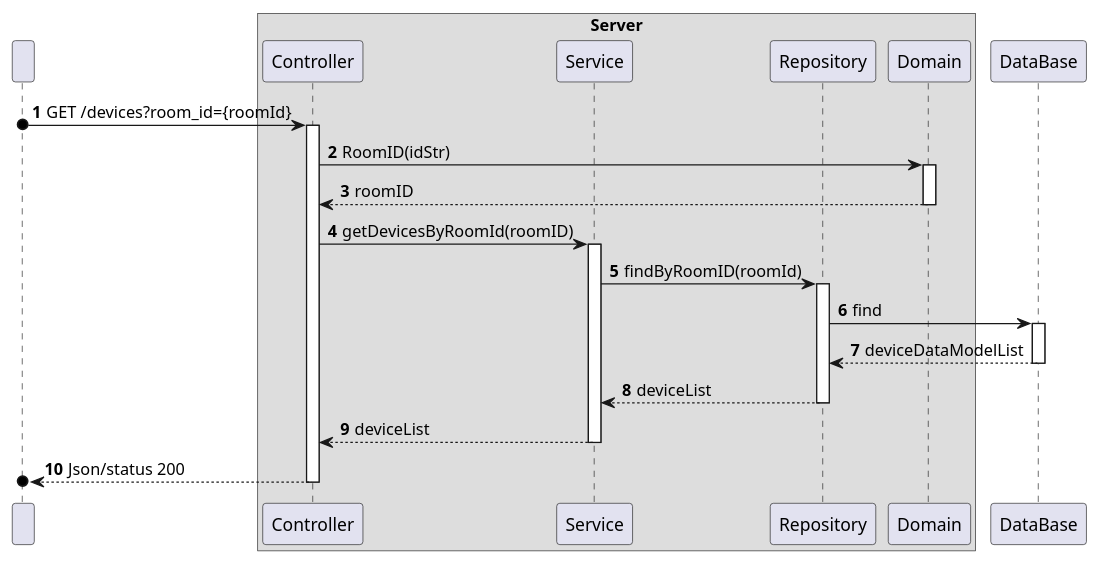
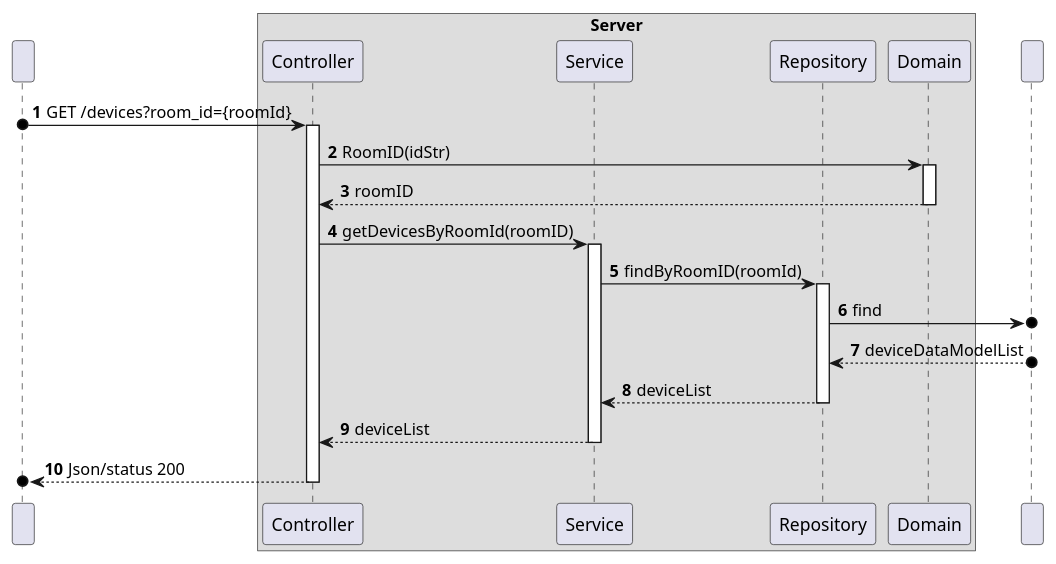
The diagram in docs/ooa/C4_4plus1_models/Level3/ProcessView/ProcessViewLevel3_UC06.puml (olivDiogo/SmartHome), drawn with PlantUML before and after one commit. The commit also changed 11 other files, not shown here.

Commit message:
docs: updates on process view level 2 and 3 diagrams

```diff
--- a/docs/ooa/C4_4plus1_models/Level3/ProcessView/ProcessViewLevel3_UC06.puml
+++ b/docs/ooa/C4_4plus1_models/Level3/ProcessView/ProcessViewLevel3_UC06.puml
@@ -1,51 +1,49 @@
 @startuml
 'https://plantuml.com/sequence-diagram
 !pragma layout smetana
 
 autonumber
 
 
 participant " " as HTTP
 
 box "Server"
     participant "Controller" as CTRL
     participant "Service" as SV
     participant "Repository" as REPO
     participant "Domain" as DOM
 
 end box
-participant "DataBase" as BD
+participant " " as BD
 
 
 HTTP o-> CTRL : GET /devices?room_id={roomId}
 activate CTRL
 
 CTRL -> DOM : RoomID(idStr)
 activate DOM
 DOM --> CTRL : roomID
 deactivate DOM
 
 CTRL -> SV : getDevicesByRoomId(roomID)
 activate SV
 
 SV -> REPO : findByRoomID(roomId)
 activate REPO
 
-REPO -> BD : find
-activate BD
+REPO ->o BD : find
 
-BD --> REPO : deviceDataModelList
-deactivate BD
+BD o--> REPO : deviceDataModelList
 
 REPO --> SV : deviceList
 deactivate REPO
 
 SV --> CTRL : deviceList
 deactivate SV
 
 CTRL -->o HTTP : Json/status 200
 deactivate CTRL
 
 
 
 @enduml
```
